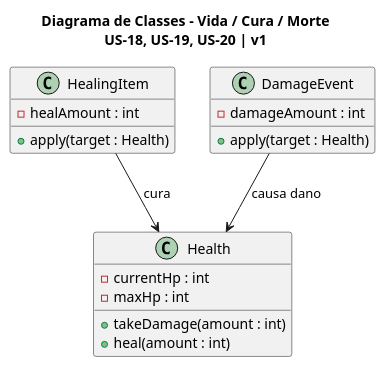
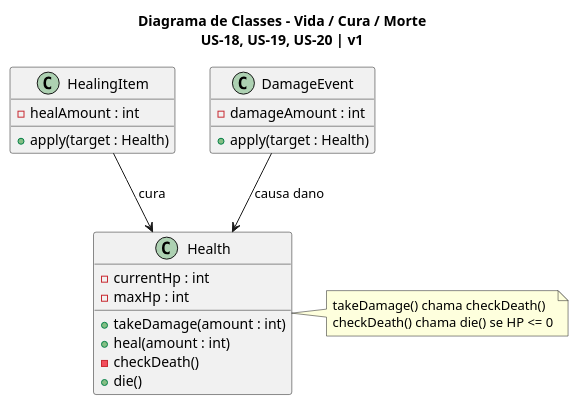
One commit to UnBArqDsw2026-1-Turma02/2026.1_T02_G1_MadDev_Entrega_02 changed the diagram in docs/Assets/UML/UML4_Classes_DanoeCura.puml. Above: the diagram before and after it, drawn with PlantUML. The commit also changed 2 other files, not shown here.

Commit message:
alteração dos documentos referentes ao diagrama de classes da UML4

```diff
--- a/docs/Assets/UML/UML4_Classes_DanoeCura.puml
+++ b/docs/Assets/UML/UML4_Classes_DanoeCura.puml
@@ -1,27 +1,34 @@
 @startuml
 title Diagrama de Classes - Vida / Cura / Morte\nUS-18, US-19, US-20 | v1
 
 skinparam packageStyle rectangle
 
 class Health {
   - currentHp : int
   - maxHp : int
 
   + takeDamage(amount : int)
   + heal(amount : int)
+  - checkDeath()
+  + die()
 }
 
 class HealingItem {
   - healAmount : int
   + apply(target : Health)
 }
 
 class DamageEvent {
   - damageAmount : int
   + apply(target : Health)
 }
 
 HealingItem --> Health : cura
 DamageEvent --> Health : causa dano
 
+note right of Health
+takeDamage() chama checkDeath()
+checkDeath() chama die() se HP <= 0
+end note
+
 @enduml
```
